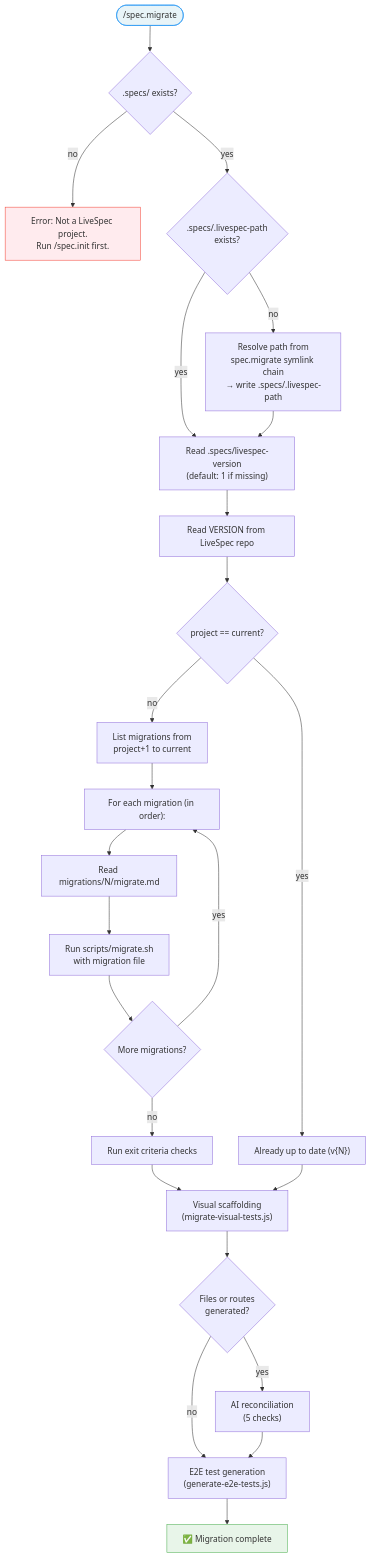
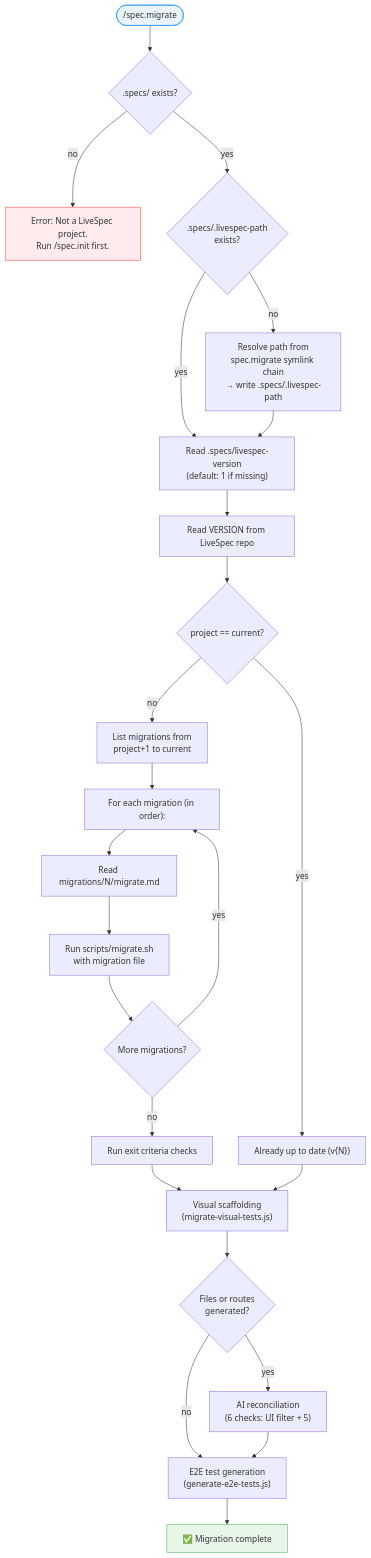
The diagram in commands/migrate.md (julien-m/livespec), drawn with Mermaid before and after one commit. The commit also changed other lines of this file and 2 other files, not shown here.

First line of the commit message:
feat(migrate): add Check 0 — AI semantic filter for non-visual features in Step 4.6

````diff
--- a/commands/migrate.md
+++ b/commands/migrate.md
@@ -15,30 +15,30 @@
 ```mermaid
 flowchart TD
     START(["/spec.migrate"]) --> CHECK{".specs/ exists?"}
     CHECK -->|no| FAIL["Error: Not a LiveSpec project.\nRun /spec.init first."]
     CHECK -->|yes| PATH{".specs/.livespec-path\nexists?"}
     PATH -->|no| RESOLVE["Resolve path from\nspec.migrate symlink chain\n→ write .specs/.livespec-path"]
     PATH -->|yes| READ["Read .specs/livespec-version\n(default: 1 if missing)"]
     RESOLVE --> READ
     READ --> CURRENT["Read VERSION from LiveSpec repo"]
     CURRENT --> CMP{"project == current?"}
     CMP -->|yes| UPTODATE["Already up to date (v{N})"]
     CMP -->|no| LIST["List migrations from\nproject+1 to current"]
     LIST --> LOOP["For each migration (in order):"]
     LOOP --> PARSE["Read migrations/N/migrate.md"]
     PARSE --> EXEC["Run scripts/migrate.sh\nwith migration file"]
     EXEC --> NEXT{"More migrations?"}
     NEXT -->|yes| LOOP
     NEXT -->|no| VALIDATE["Run exit criteria checks"]
     VALIDATE --> VMIGRATE["Visual scaffolding\n(migrate-visual-tests.js)"]
     UPTODATE --> VMIGRATE
     VMIGRATE --> RECONCILE{"Files or routes\ngenerated?"}
-    RECONCILE -->|"yes"| AICHECK["AI reconciliation\n(5 checks)"]
+    RECONCILE -->|"yes"| AICHECK["AI reconciliation\n(6 checks: UI filter + 5)"]
     RECONCILE -->|"no"| E2EGEN
     AICHECK --> E2EGEN["E2E test generation\n(generate-e2e-tests.js)"]
     E2EGEN --> DONE["✅ Migration complete"]
 
     style START fill:#e8f4f8,stroke:#2196F3
     style DONE fill:#e8f5e9,stroke:#4CAF50
     style FAIL fill:#ffebee,stroke:#f44336
 ```
````
